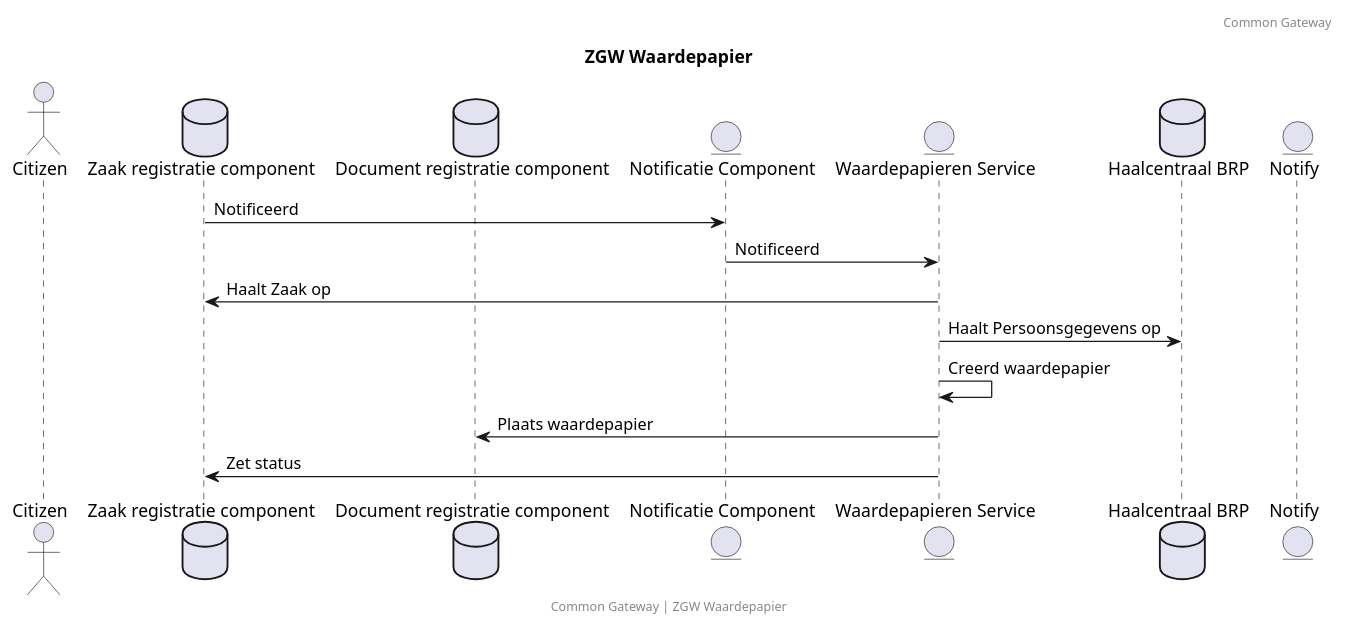
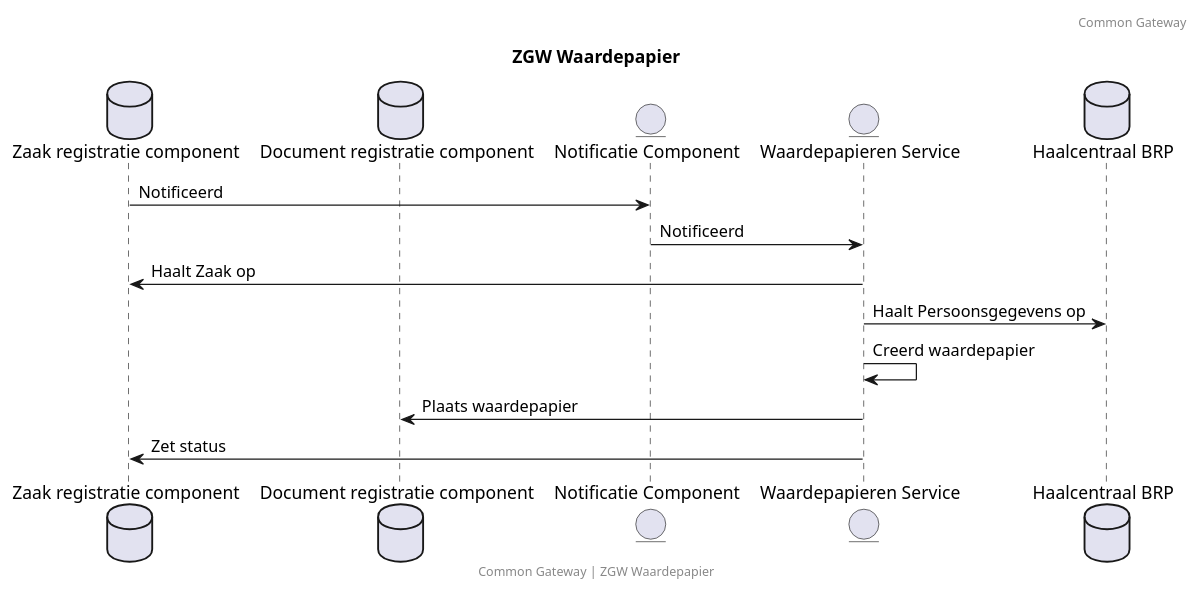
The diagram in docs/zgw_waardepapier_klein.puml (CommonGateway/WaardepapierenBundle), drawn with PlantUML before and after one commit.

Commit message:
Clean up on ZGW klein

```diff
--- a/docs/zgw_waardepapier_klein.puml
+++ b/docs/zgw_waardepapier_klein.puml
@@ -1,22 +1,20 @@
 @startuml
 title: ZGW Waardepapier
 footer: Common Gateway | ZGW Waardepapier
 header: Common Gateway
 
-actor Citizen
 database "Zaak registratie component" as ZRC
 database "Document registratie component" as DRC
 entity "Notificatie Component" as NC
 entity "Waardepapieren Service" as WP
 database "Haalcentraal BRP" as BRP
-entity "Notify" as Notify
 
 ZRC -> NC: Notificeerd
 NC -> WP: Notificeerd
 WP -> ZRC: Haalt Zaak op
 WP -> BRP: Haalt Persoonsgegevens op
 WP -> WP: Creerd waardepapier
 WP -> DRC: Plaats waardepapier
 WP -> ZRC: Zet status
 
 @enduml
```
